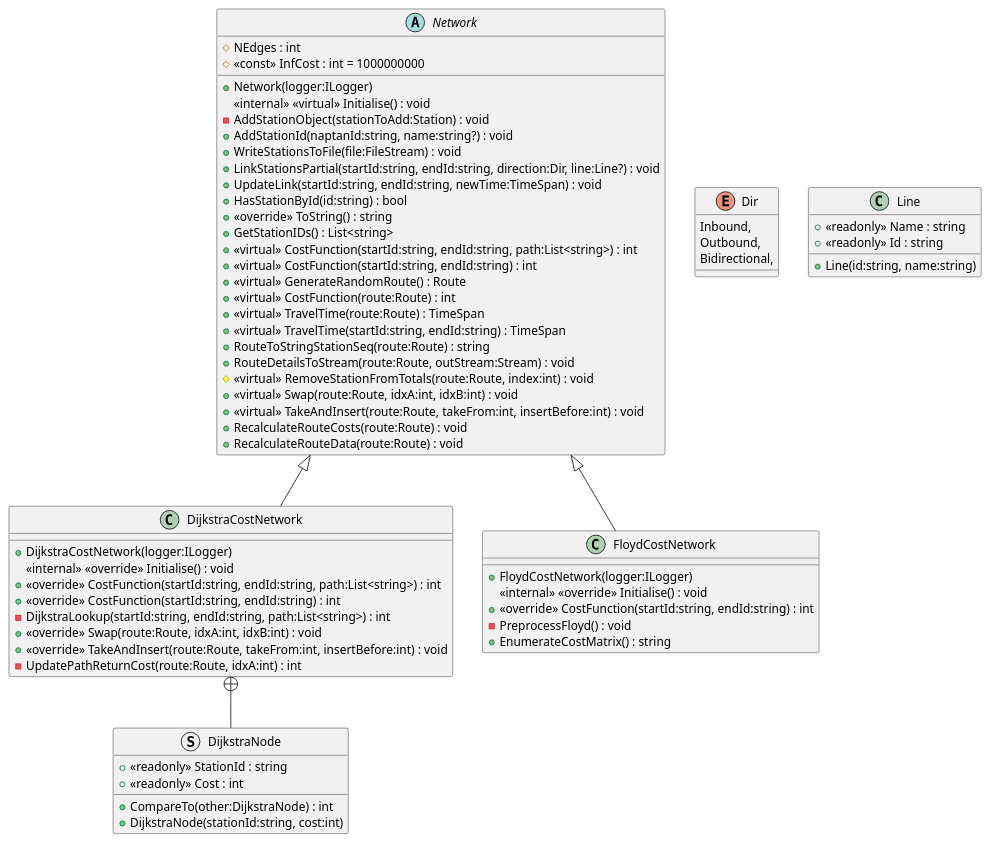
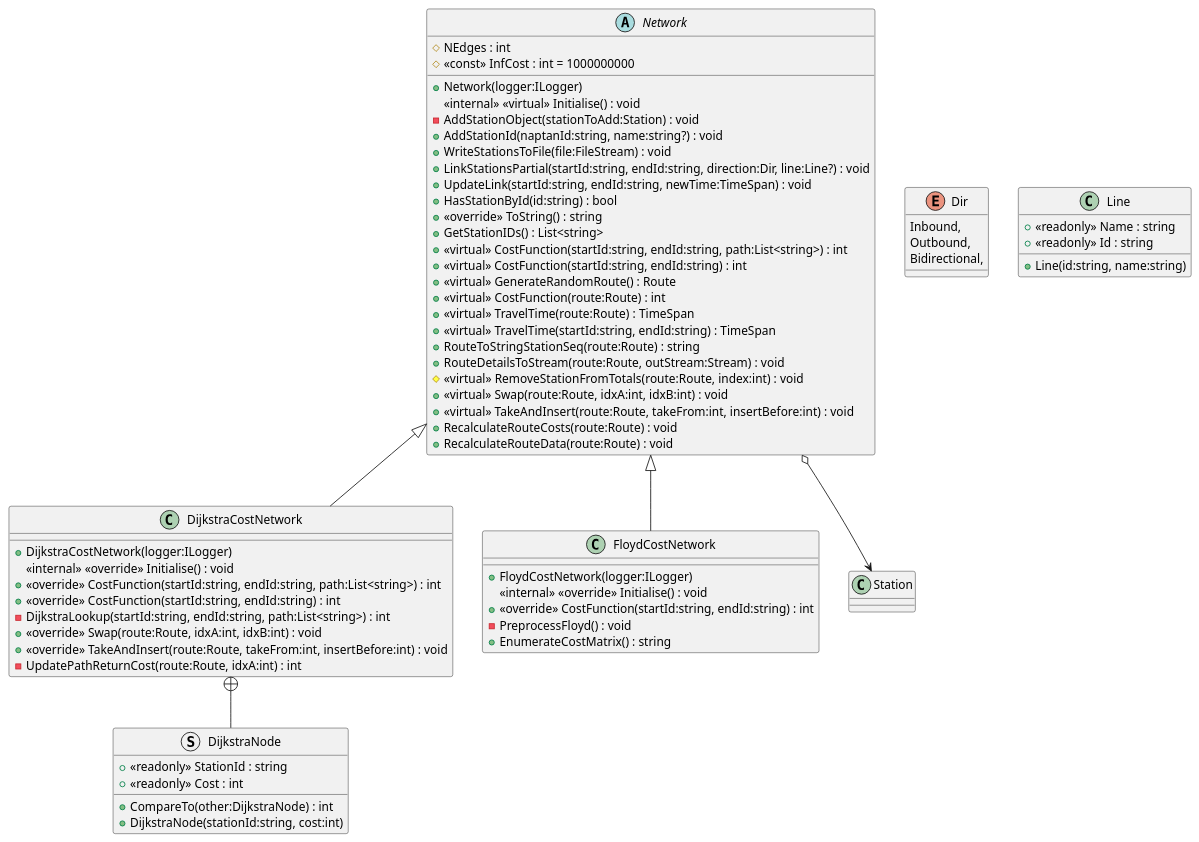
The diagram in TubeChallengeRouter/puml/HMNetwork.puml (Liftyee/london-tube-navigator), drawn with PlantUML before and after one commit. The commit also changed 5 other files, not shown here.

```diff
--- a/TubeChallengeRouter/puml/HMNetwork.puml
+++ b/TubeChallengeRouter/puml/HMNetwork.puml
@@ -1,68 +1,69 @@
 @startuml
 
 class DijkstraCostNetwork {
     + DijkstraCostNetwork(logger:ILogger)
     <<internal>> <<override>> Initialise() : void
     + <<override>> CostFunction(startId:string, endId:string, path:List<string>) : int
     + <<override>> CostFunction(startId:string, endId:string) : int
     - DijkstraLookup(startId:string, endId:string, path:List<string>) : int
     + <<override>> Swap(route:Route, idxA:int, idxB:int) : void
     + <<override>> TakeAndInsert(route:Route, takeFrom:int, insertBefore:int) : void
     - UpdatePathReturnCost(route:Route, idxA:int) : int
 }
 struct DijkstraNode {
     + <<readonly>> StationId : string
     + <<readonly>> Cost : int
     + CompareTo(other:DijkstraNode) : int
     + DijkstraNode(stationId:string, cost:int)
 }
 Network <|-- DijkstraCostNetwork
 DijkstraCostNetwork +-- DijkstraNode
 enum Dir {
     Inbound,
     Outbound,
     Bidirectional,
 }
 class Line {
     + <<readonly>> Name : string
     + <<readonly>> Id : string
     + Line(id:string, name:string)
 }
 
 abstract class Network {
     # NEdges : int
     # <<const>> InfCost : int = 1000000000
     + Network(logger:ILogger)
     <<internal>> <<virtual>> Initialise() : void
     - AddStationObject(stationToAdd:Station) : void
     + AddStationId(naptanId:string, name:string?) : void
     + WriteStationsToFile(file:FileStream) : void
     + LinkStationsPartial(startId:string, endId:string, direction:Dir, line:Line?) : void
     + UpdateLink(startId:string, endId:string, newTime:TimeSpan) : void
     + HasStationById(id:string) : bool
     + <<override>> ToString() : string
     + GetStationIDs() : List<string>
     + <<virtual>> CostFunction(startId:string, endId:string, path:List<string>) : int
     + <<virtual>> CostFunction(startId:string, endId:string) : int
     + <<virtual>> GenerateRandomRoute() : Route
     + <<virtual>> CostFunction(route:Route) : int
     + <<virtual>> TravelTime(route:Route) : TimeSpan
     + <<virtual>> TravelTime(startId:string, endId:string) : TimeSpan
     + RouteToStringStationSeq(route:Route) : string
     + RouteDetailsToStream(route:Route, outStream:Stream) : void
     # <<virtual>> RemoveStationFromTotals(route:Route, index:int) : void
     + <<virtual>> Swap(route:Route, idxA:int, idxB:int) : void
     + <<virtual>> TakeAndInsert(route:Route, takeFrom:int, insertBefore:int) : void
     + RecalculateRouteCosts(route:Route) : void
     + RecalculateRouteData(route:Route) : void
 }
 class FloydCostNetwork {
     + FloydCostNetwork(logger:ILogger)
     <<internal>> <<override>> Initialise() : void
     + <<override>> CostFunction(startId:string, endId:string) : int
     - PreprocessFloyd() : void
     + EnumerateCostMatrix() : string
 }
 Network <|-- FloydCostNetwork
+Network o--> Station
 
 @enduml
```
